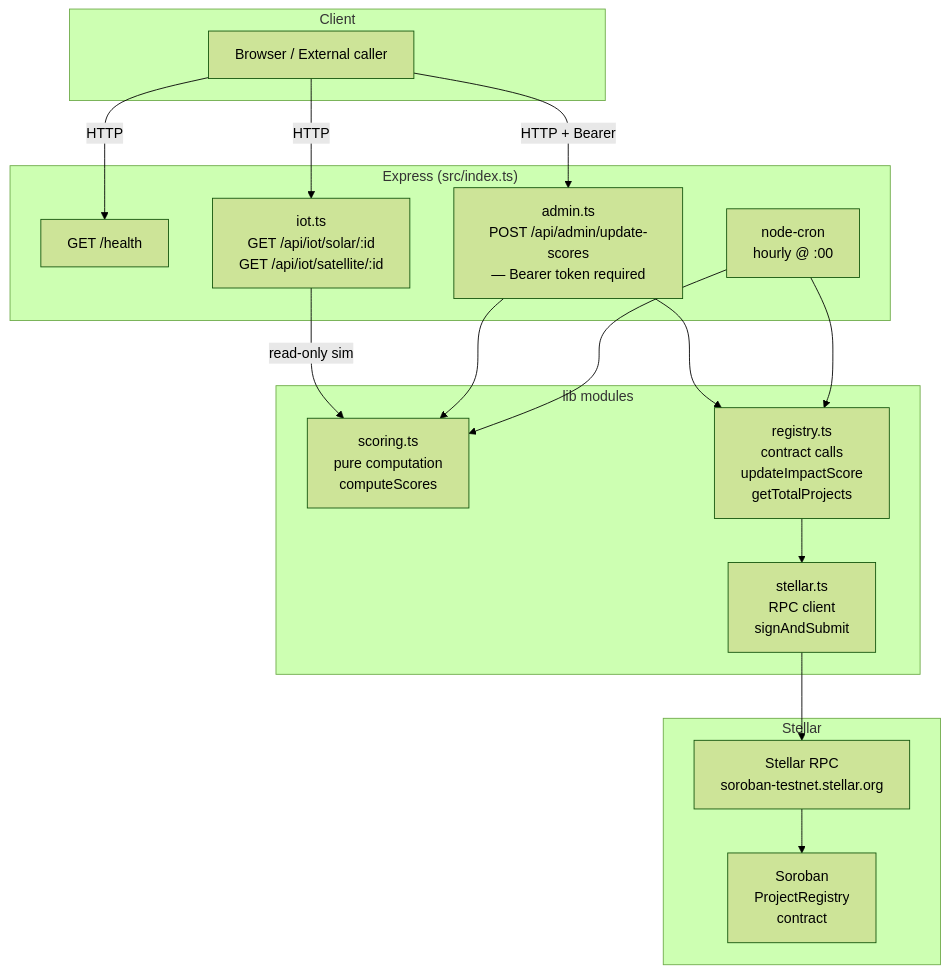
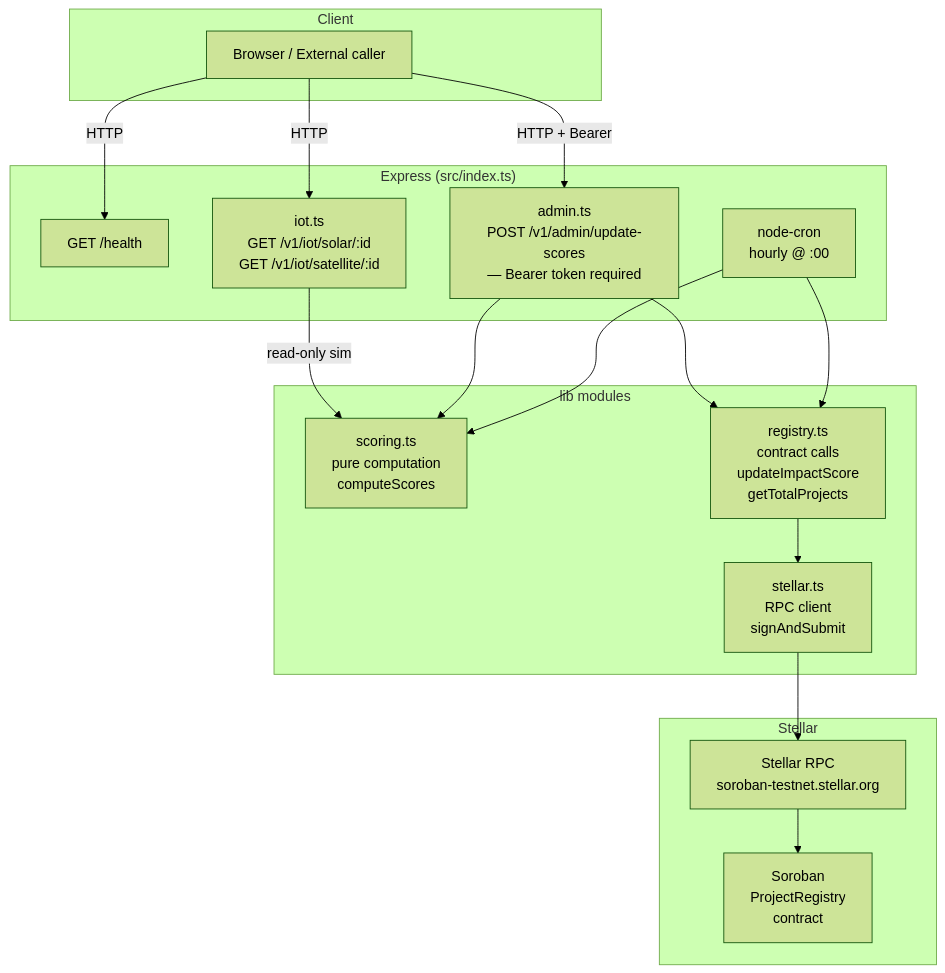
The diagram in README.md (234Cipher/backend), drawn with Mermaid (forest theme) before and after one commit. The commit also changed other lines of this file and 7 other files, not shown here.

First line of the commit message:
Add API versioning, CORS validation, optimize getTotalProjects, add CI coverage (#320)

````diff
--- a/README.md
+++ b/README.md
@@ -18,38 +18,38 @@
 ```mermaid
 flowchart TD
     subgraph Client
         A[Browser / External caller]
     end
 
     subgraph Express["Express (src/index.ts)"]
         H[GET /health]
-        IOT[iot.ts\nGET /api/iot/solar/:id\nGET /api/iot/satellite/:id]
-        ADMIN[admin.ts\nPOST /api/admin/update-scores\n— Bearer token required]
+        IOT[iot.ts\nGET /v1/iot/solar/:id\nGET /v1/iot/satellite/:id]
+        ADMIN[admin.ts\nPOST /v1/admin/update-scores\n— Bearer token required]
         CRON[node-cron\nhourly @ :00]
     end
 
     subgraph Lib["lib modules"]
         SC[scoring.ts\npure computation\ncomputeScores]
         ST[stellar.ts\nRPC client\nsignAndSubmit]
         REG[registry.ts\ncontract calls\nupdateImpactScore\ngetTotalProjects]
     end
 
     subgraph Stellar
         RPC[Stellar RPC\nsoroban-testnet.stellar.org]
         CONTRACT[Soroban\nProjectRegistry\ncontract]
     end
 
     A -->|HTTP| H
     A -->|HTTP| IOT
     A -->|HTTP + Bearer| ADMIN
 
     IOT -->|read-only sim| SC
     ADMIN --> SC
     ADMIN --> REG
     CRON --> SC
     CRON --> REG
 
     REG --> ST
     ST --> RPC
     RPC --> CONTRACT
 ```
````
